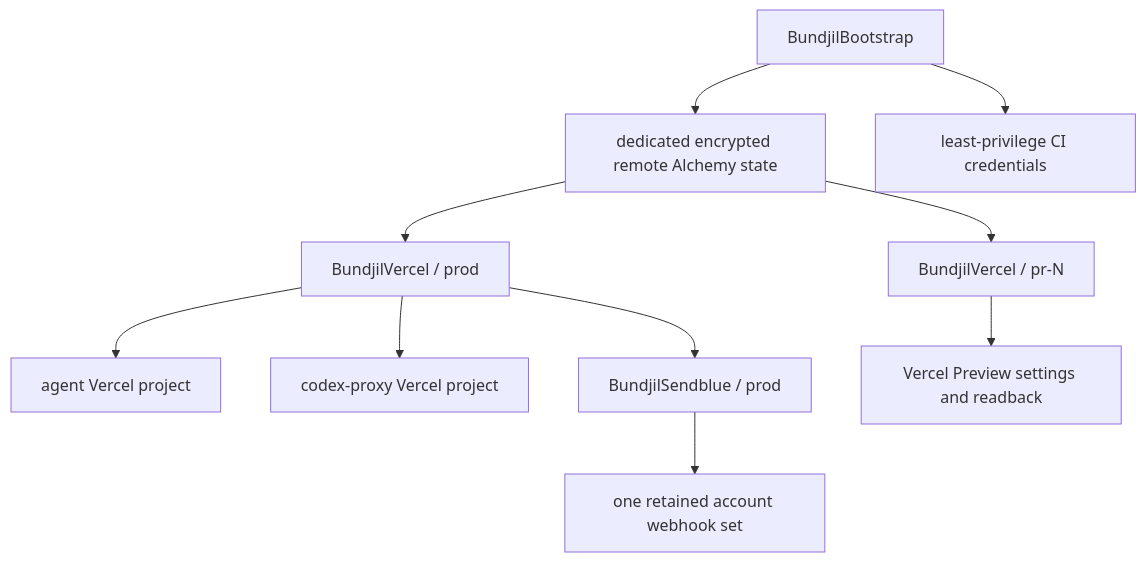
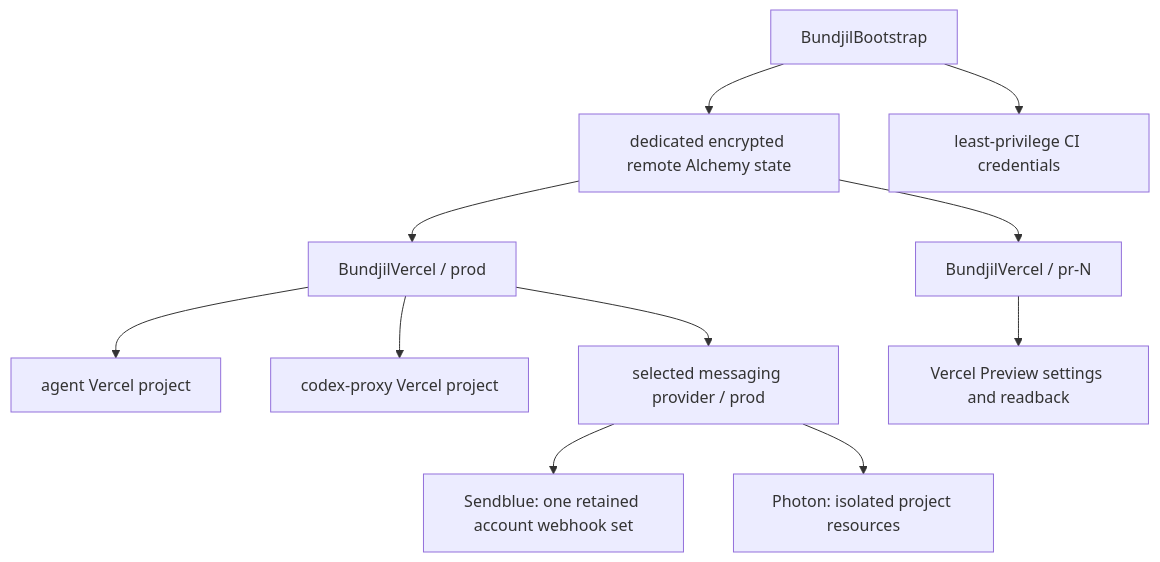
One commit to crcorbett/bundjil changed the second of 5 diagrams in docs/research/alchemy-vercel-sendblue-decision-report.md. Above: the diagram before and after it, drawn with Mermaid. The commit also changed other lines of this file and 1 other file, not shown here.

Commit message:
docs: compare Photon infrastructure lifecycle

````diff
--- a/docs/research/alchemy-vercel-sendblue-decision-report.md
+++ b/docs/research/alchemy-vercel-sendblue-decision-report.md
@@ -302,12 +378,13 @@
 ```mermaid
 flowchart TB
   Bootstrap["BundjilBootstrap"] --> State["dedicated encrypted remote Alchemy state"]
   Bootstrap --> CI["least-privilege CI credentials"]
   State --> Preview["BundjilVercel / pr-N"]
   State --> Prod["BundjilVercel / prod"]
   Prod --> AgentProject["agent Vercel project"]
   Prod --> ProxyProject["codex-proxy Vercel project"]
-  Prod --> SendblueStack["BundjilSendblue / prod"]
+  Prod --> MessagingStack["selected messaging provider / prod"]
   Preview --> PreviewProjects["Vercel Preview settings and readback"]
-  SendblueStack --> WebhookSet["one retained account webhook set"]
+  MessagingStack --> SendbluePath["Sendblue: one retained account webhook set"]
+  MessagingStack --> PhotonPath["Photon: isolated project resources"]
 ```
````
